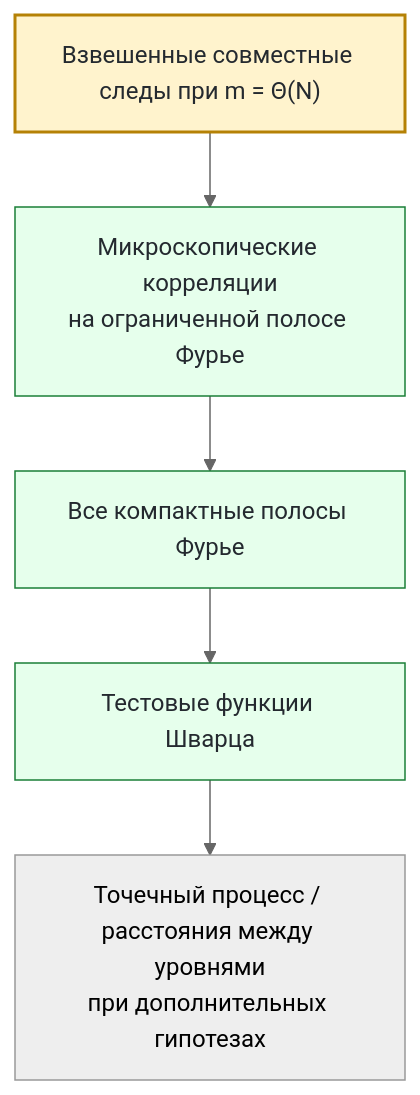
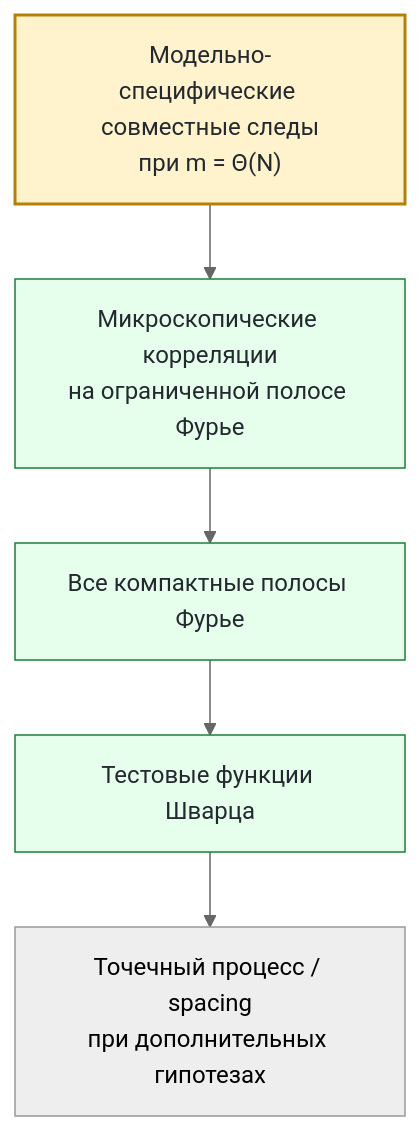
Before and after one commit to ChurilovMaksim/BGS: the second of 3 diagrams in README.ru.md, drawn with Mermaid (neutral theme). The commit also changed other lines of this file and 2 other files, not shown here.

````diff
--- a/README.ru.md
+++ b/README.ru.md
@@ -224,15 +357,15 @@
 ```mermaid
 flowchart TD
-    A["Взвешенные совместные следы при m = Θ(N)"] --> B["Микроскопические корреляции<br/>на ограниченной полосе Фурье"]
+    A["Модельно-специфические совместные следы<br/>при m = Θ(N)"] --> B["Микроскопические корреляции<br/>на ограниченной полосе Фурье"]
     B --> C["Все компактные полосы Фурье"]
     C --> D["Тестовые функции Шварца"]
-    D --> E["Точечный процесс / расстояния между уровнями<br/>при дополнительных гипотезах"]
+    D --> E["Точечный процесс / spacing<br/>при дополнительных гипотезах"]
 
     A:::open
     B:::done
     C:::done
     D:::done
 
     classDef open fill:#fff3cd,stroke:#b58105,color:#24292f,stroke-width:2px;
     classDef done fill:#e6ffec,stroke:#1a7f37,color:#24292f;
 ```
````
